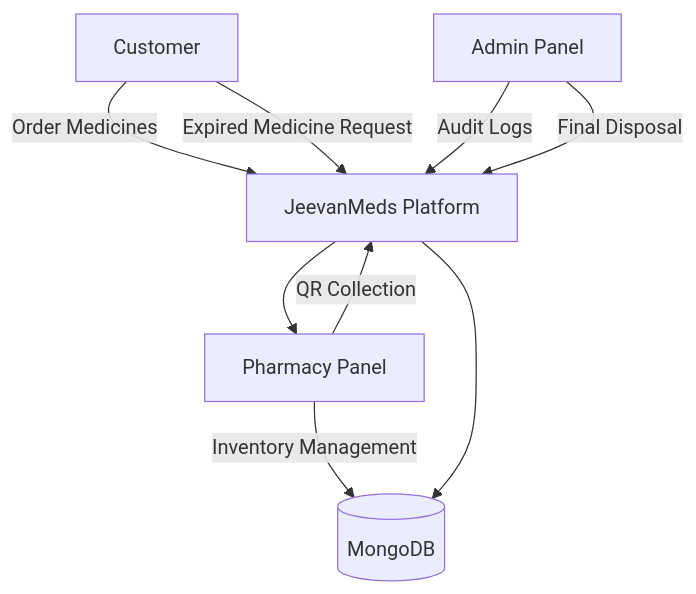
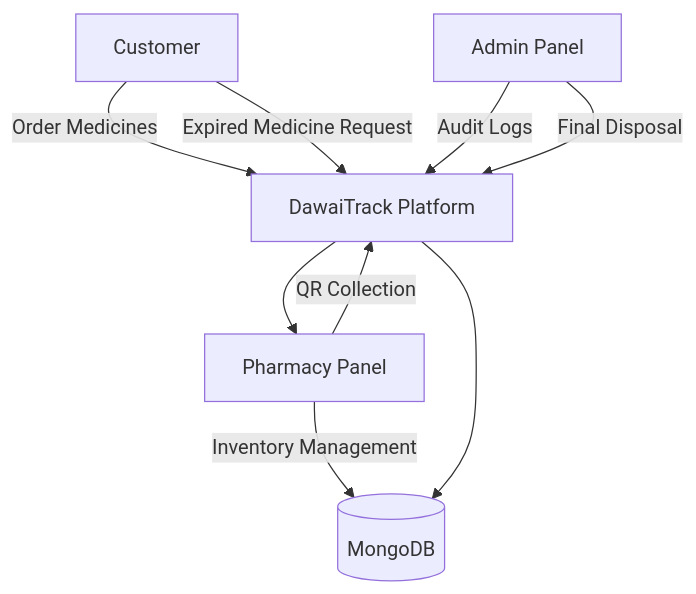
The first of 6 diagrams in readMe.MD (AnshulWycliffe/DawaiTrack), drawn with Mermaid before and after one commit. The commit also changed other lines of this file and 17 other files, not shown here.

````diff
--- a/readMe.MD
+++ b/readMe.MD
@@ -105,19 +96,18 @@
-``` mermaid
+```mermaid
 graph TD
-
 User[Customer]
 Pharmacy[Pharmacy Panel]
 Admin[Admin Panel]
 
-User -->|Order Medicines| Platform[JeevanMeds Platform]
+User -->|Order Medicines| Platform[DawaiTrack Platform]
 User -->|Expired Medicine Request| Platform
 
 Platform --> Pharmacy
 Pharmacy -->|Inventory Management| Database[(MongoDB)]
 Pharmacy -->|QR Collection| Platform
 
 Admin -->|Audit Logs| Platform
 Admin -->|Final Disposal| Platform
 
 Platform --> Database
 ```
````
